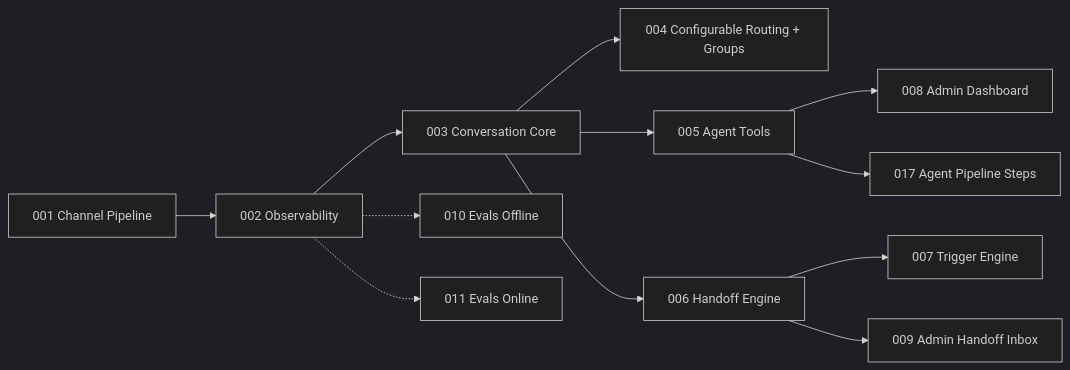
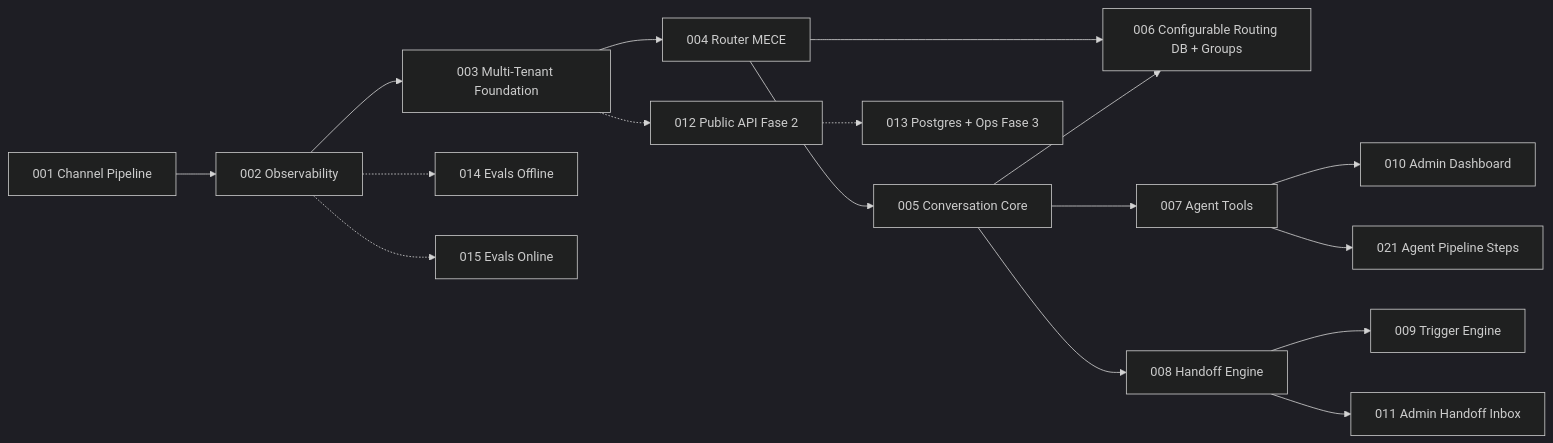
One commit to paceautomations/madruga.ai changed the second of 2 diagrams in platforms/prosauai/planning/roadmap.md. Above: the diagram before and after it, drawn with Mermaid (dark theme). The commit also changed other lines of this file and 35 other files, not shown here.

````diff
--- a/platforms/prosauai/planning/roadmap.md
+++ b/platforms/prosauai/planning/roadmap.md
@@ -87,14 +95,19 @@
 ```mermaid
 graph LR
   E001[001 Channel Pipeline] --> E002[002 Observability]
-  E002 --> E003[003 Conversation Core]
-  E003 --> E004[004 Configurable Routing + Groups]
-  E003 --> E005[005 Agent Tools]
-  E003 --> E006[006 Handoff Engine]
-  E006 --> E007[007 Trigger Engine]
-  E005 --> E008[008 Admin Dashboard]
-  E006 --> E009[009 Admin Handoff Inbox]
-  E005 --> E017[017 Agent Pipeline Steps]
-  E002 -.-> E010[010 Evals Offline]
-  E002 -.-> E011[011 Evals Online]
+  E002 --> E003[003 Multi-Tenant Foundation]
+  E003 --> E004[004 Router MECE]
+  E004 --> E005[005 Conversation Core]
+  E004 --> E006[006 Configurable Routing DB + Groups]
+  E005 --> E006
+  E005 --> E007[007 Agent Tools]
+  E005 --> E008[008 Handoff Engine]
+  E008 --> E009[009 Trigger Engine]
+  E007 --> E010[010 Admin Dashboard]
+  E008 --> E011[011 Admin Handoff Inbox]
+  E007 --> E021[021 Agent Pipeline Steps]
+  E003 -.-> E012[012 Public API Fase 2]
+  E012 -.-> E013[013 Postgres + Ops Fase 3]
+  E002 -.-> E014[014 Evals Offline]
+  E002 -.-> E015[015 Evals Online]
 ```
````
